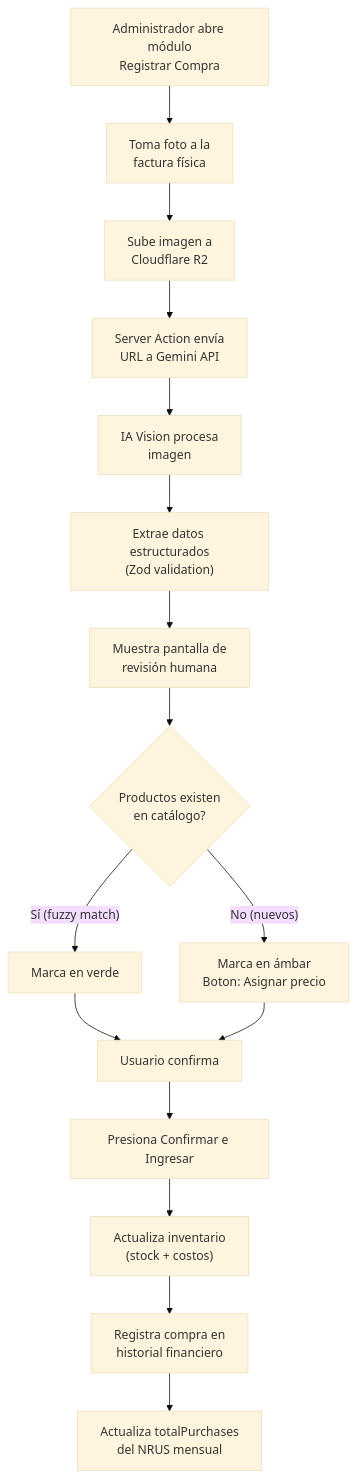
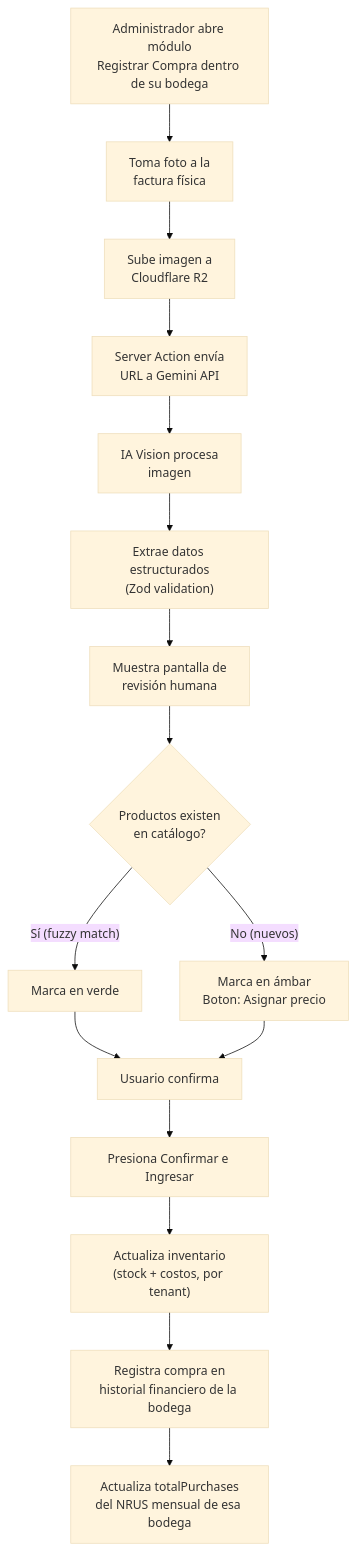
One commit to pcrisho/caja-rus changed the second of 6 diagrams in docs/05-flows.md. Above: the diagram before and after it, drawn with Mermaid (base theme). The commit also changed other lines of this file and 30 other files, not shown here.

````diff
--- a/docs/05-flows.md
+++ b/docs/05-flows.md
@@ -70,23 +71,23 @@
 ```mermaid
 flowchart TD
-    A["Administrador abre módulo<br/>Registrar Compra"] --> B["Toma foto a la<br/>factura física"]
+    A["Administrador abre módulo<br/>Registrar Compra dentro de su bodega"] --> B["Toma foto a la<br/>factura física"]
     B --> C["Sube imagen a<br/>Cloudflare R2"]
     C --> D["Server Action envía<br/>URL a Gemini API"]
 
     D --> E["IA Vision procesa<br/>imagen"]
     E --> F["Extrae datos estructurados<br/>(Zod validation)"]
 
     F --> G["Muestra pantalla de<br/>revisión humana"]
     G --> H{"Productos existen<br/>en catálogo?"}
 
     H -->|"Sí (fuzzy match)"| I["Marca en verde"]
     H -->|"No (nuevos)"| J["Marca en ámbar<br/>Boton: Asignar precio"]
 
     I --> K["Usuario confirma"]
     J --> K
     K --> L["Presiona Confirmar e Ingresar"]
 
-    L --> M["Actualiza inventario<br/>(stock + costos)"]
-    M --> N["Registra compra en<br/>historial financiero"]
-    N --> O["Actualiza totalPurchases<br/>del NRUS mensual"]
+    L --> M["Actualiza inventario<br/>(stock + costos, por tenant)"]
+    M --> N["Registra compra en<br/>historial financiero de la bodega"]
+    N --> O["Actualiza totalPurchases<br/>del NRUS mensual de esa bodega"]
 ```
````
